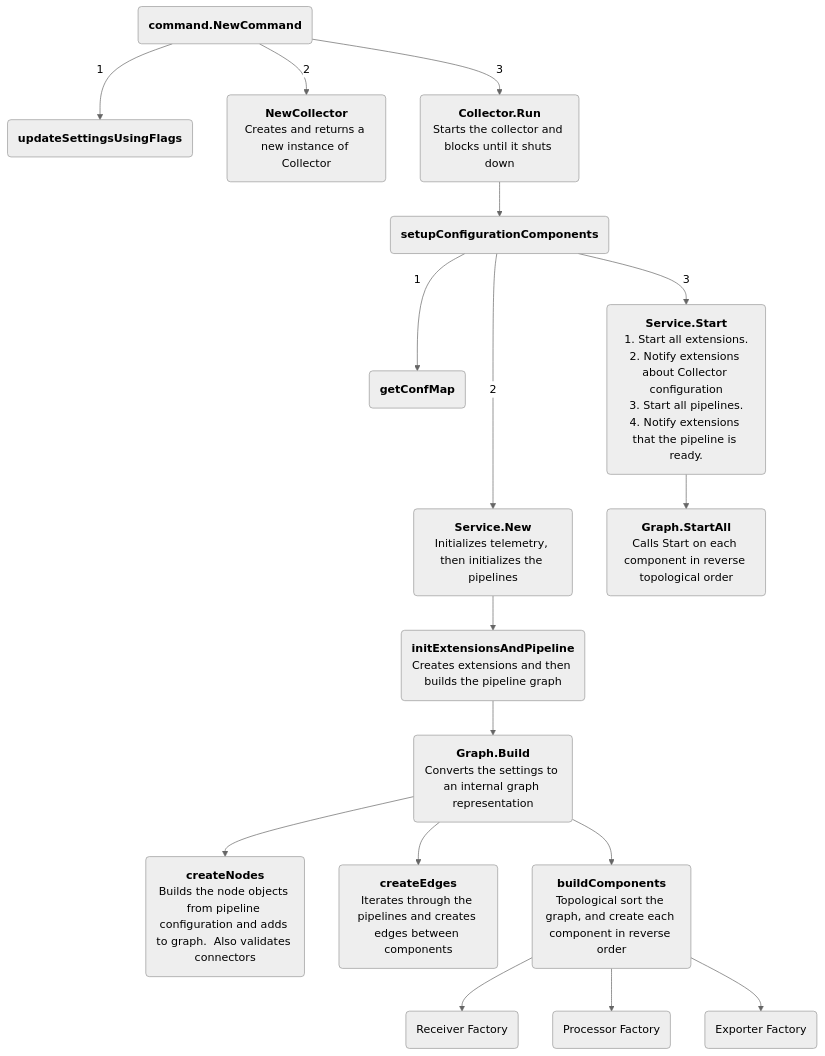
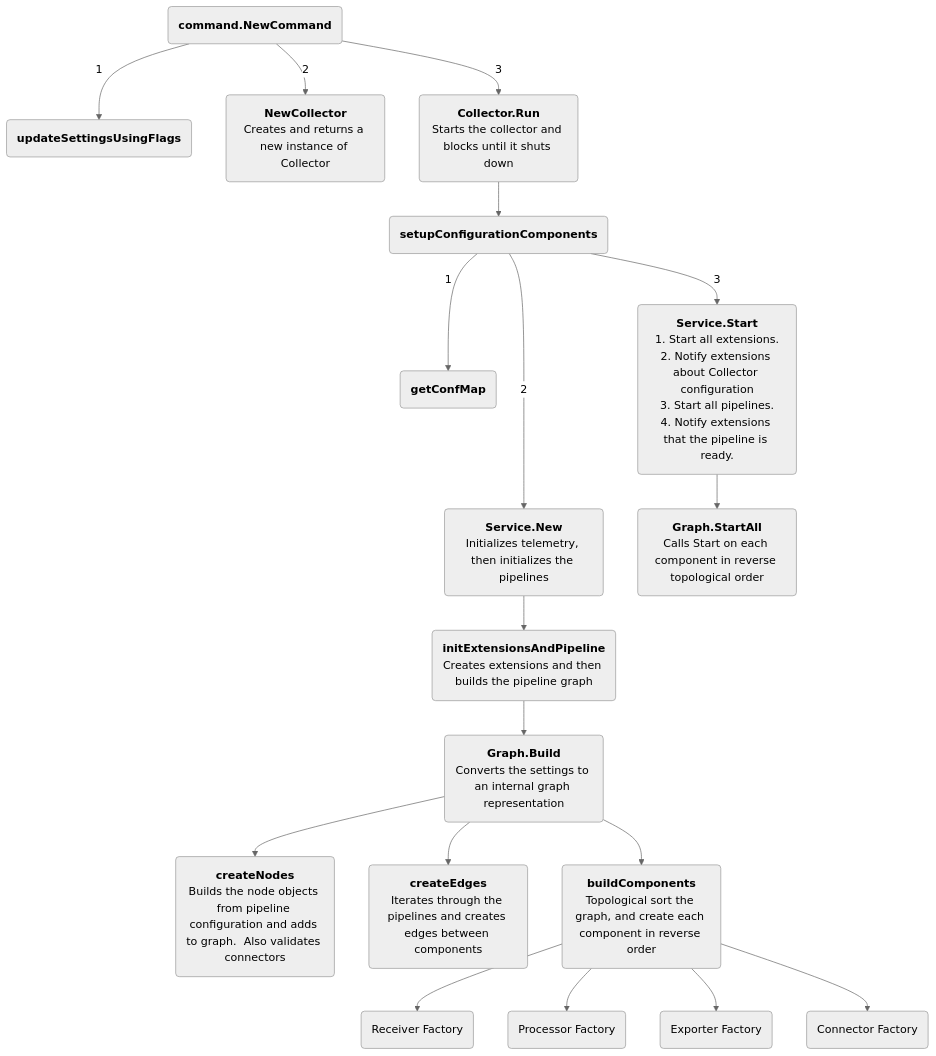
The diagram in docs/internal-architecture.md (open-telemetry/opentelemetry-collector), drawn with Mermaid (neutral theme) before and after one commit. The commit also changed other lines of this file and 2 other files, not shown here.

````diff
--- a/docs/internal-architecture.md
+++ b/docs/internal-architecture.md
@@ -4,31 +6,31 @@
 ```mermaid
 flowchart TD
     A("`**command.NewCommand**`") -->|1| B("`**updateSettingsUsingFlags**`")
     A --> |2| C("`**NewCollector**
     Creates and returns a new instance of Collector`")
     A --> |3| D("`**Collector.Run**
     Starts the collector and blocks until it shuts down`")
     D --> E("`**setupConfigurationComponents**`")
     E -->  |1| F("`**getConfMap**`")
     E ---> |2| G("`**Service.New**
      Initializes telemetry, then initializes the pipelines`")
     E --> |3| Q("`**Service.Start**
     1. Start all extensions.
     2. Notify extensions about Collector configuration
     3. Start all pipelines.
     4. Notify extensions that the pipeline is ready.
     `")
     Q --> R("`**Graph.StartAll**
     Calls Start on each component in reverse topological order`")
     G --> H("`**initExtensionsAndPipeline**
      Creates extensions and then builds the pipeline graph`")
     H --> I("`**Graph.Build**
      Converts the settings to an internal graph representation`")
     I --> J("`**createNodes**
      Builds the node objects from pipeline configuration and adds to graph.  Also validates connectors`")
     I --> K("`**createEdges**
      Iterates through the pipelines and creates edges between components`")
     I --> L("`**buildComponents**
      Topological sort the graph, and create each component in reverse order`")
-    L --> M(Receiver Factory) & N(Processor Factory) & O(Exporter Factory)
+    L --> M(Receiver Factory) & N(Processor Factory) & O(Exporter Factory) & P(Connector Factory)
 ```
````
